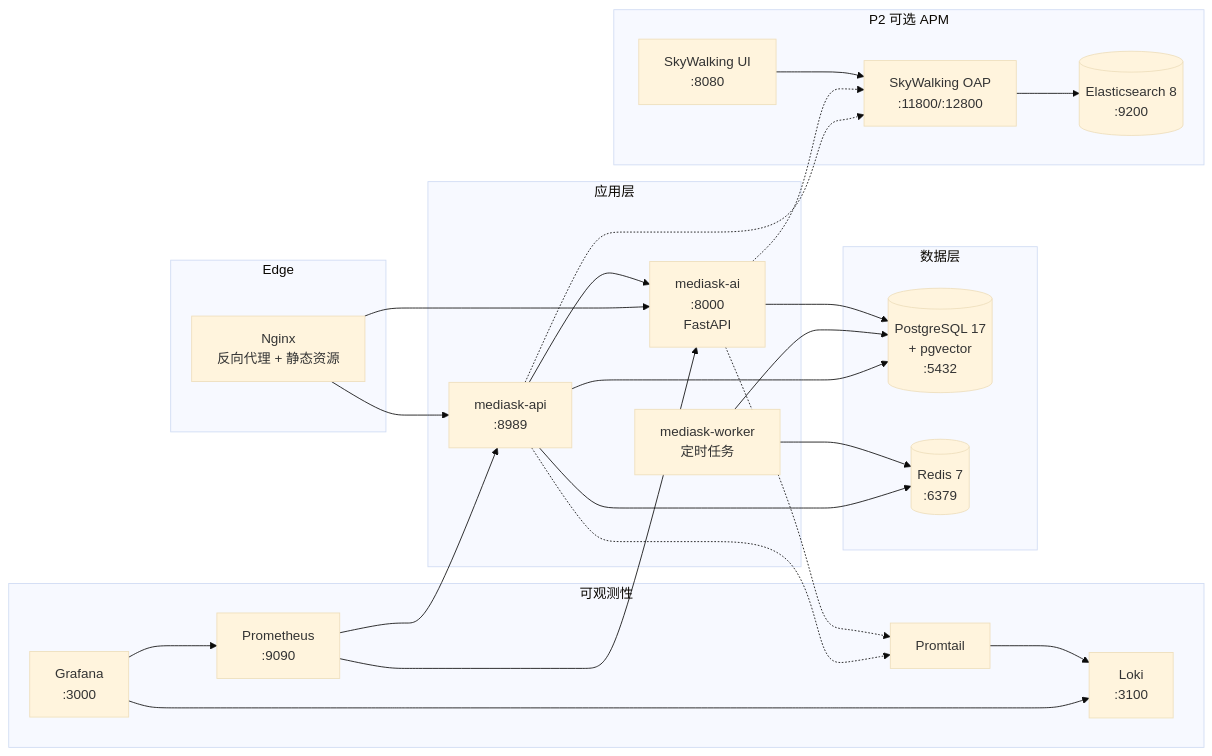
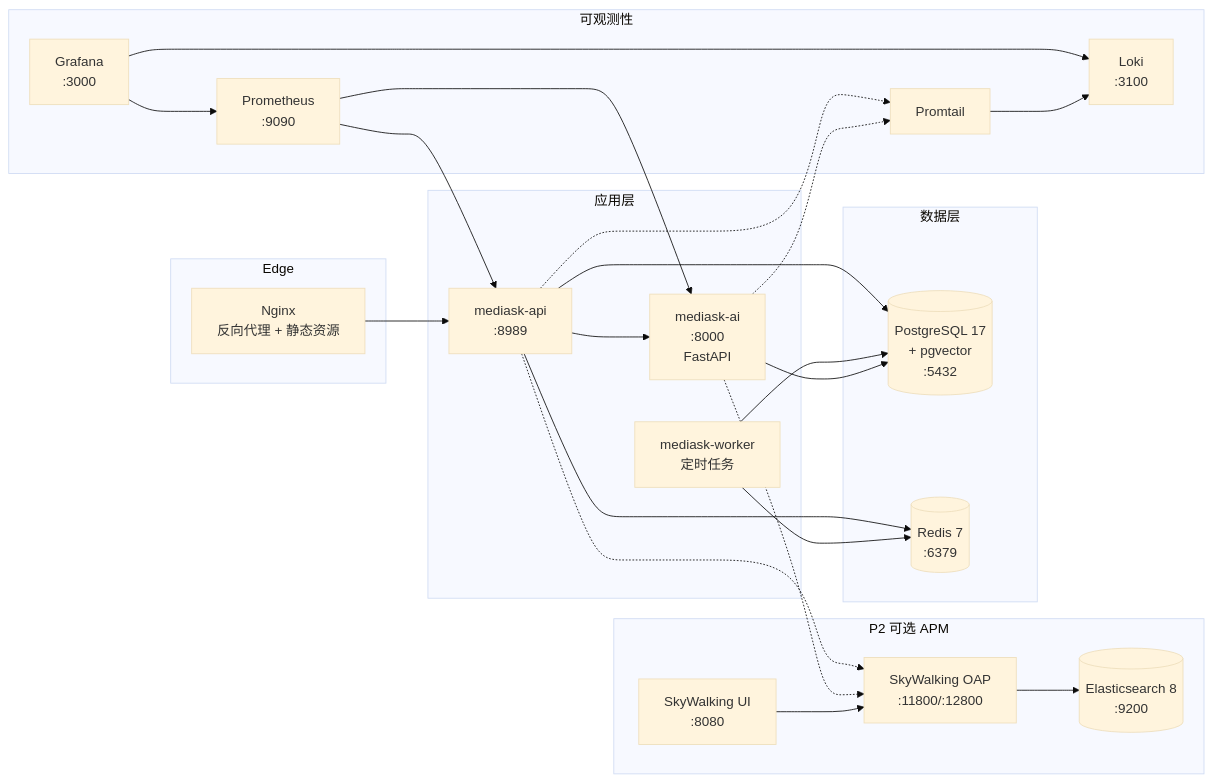
Before and after one commit to JianwenShaw/MediAskDocs: the fourth of 5 diagrams in docs/01-OVERVIEW.md, drawn with Mermaid (base theme). The commit also changed other lines of this file and 13 other files, not shown here.

````diff
--- a/docs/01-OVERVIEW.md
+++ b/docs/01-OVERVIEW.md
@@ -544,53 +559,52 @@
 ```mermaid
 flowchart LR
     subgraph Edge
         Nginx[Nginx<br/>反向代理 + 静态资源]
     end
 
     subgraph App[应用层]
         API[mediask-api<br/>:8989]
         Worker[mediask-worker<br/>定时任务]
         AI[mediask-ai<br/>:8000<br/>FastAPI]
     end
 
     subgraph Data[数据层]
         PG[(PostgreSQL 17<br/>+ pgvector<br/>:5432)]
         Redis[(Redis 7<br/>:6379)]
     end
 
     subgraph Obs[可观测性]
         Prom[Prometheus<br/>:9090]
         Grafana[Grafana<br/>:3000]
         Loki[Loki<br/>:3100]
         PT[Promtail]
     end
 
     subgraph ObsP2[P2 可选 APM]
         SW[SkyWalking OAP<br/>:11800/:12800]
         SWUI[SkyWalking UI<br/>:8080]
         ES[(Elasticsearch 8<br/>:9200)]
     end
 
     Nginx --> API
-    Nginx --> AI
 
     API --> PG
     API --> Redis
     API --> AI
     Worker --> PG
     Worker --> Redis
     AI --> PG
 
     Prom --> API
     Prom --> AI
     Grafana --> Prom
     Grafana --> Loki
     PT --> Loki
     API -.-> PT
     AI -.-> PT
 
     API -.-> SW
     AI -.-> SW
     SW --> ES
     SWUI --> SW
 ```
````
